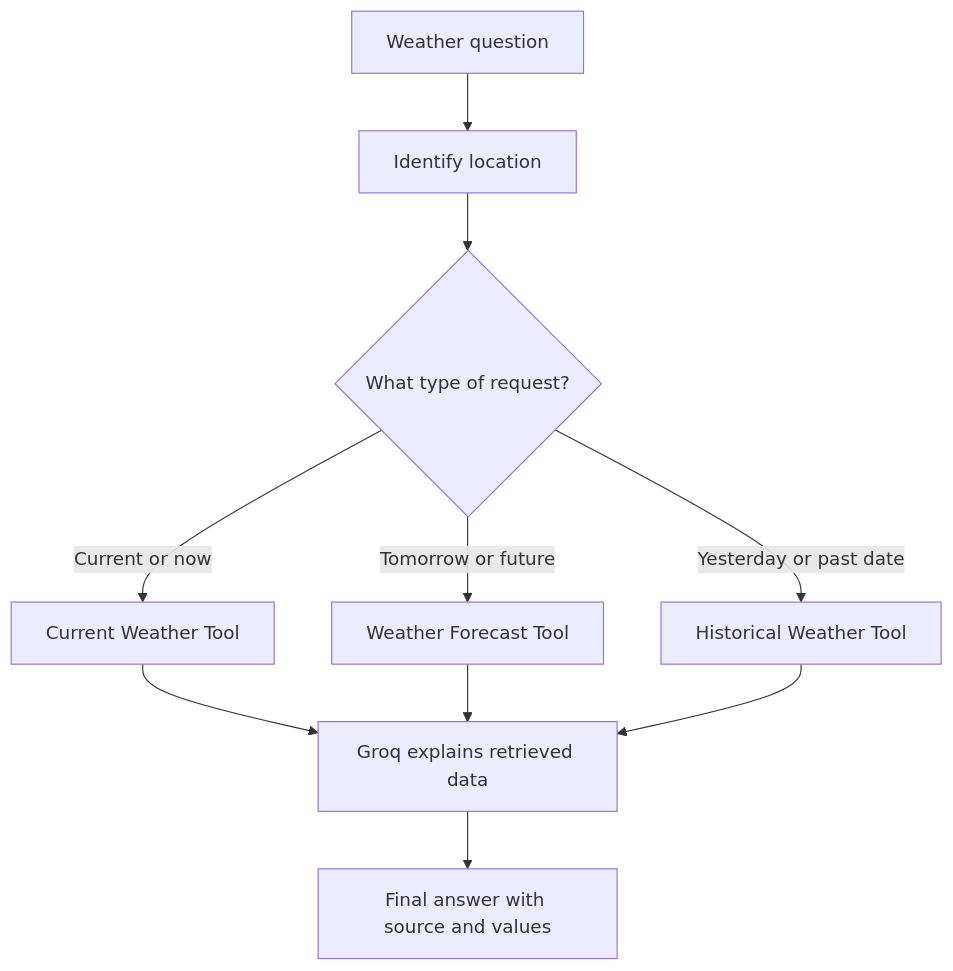
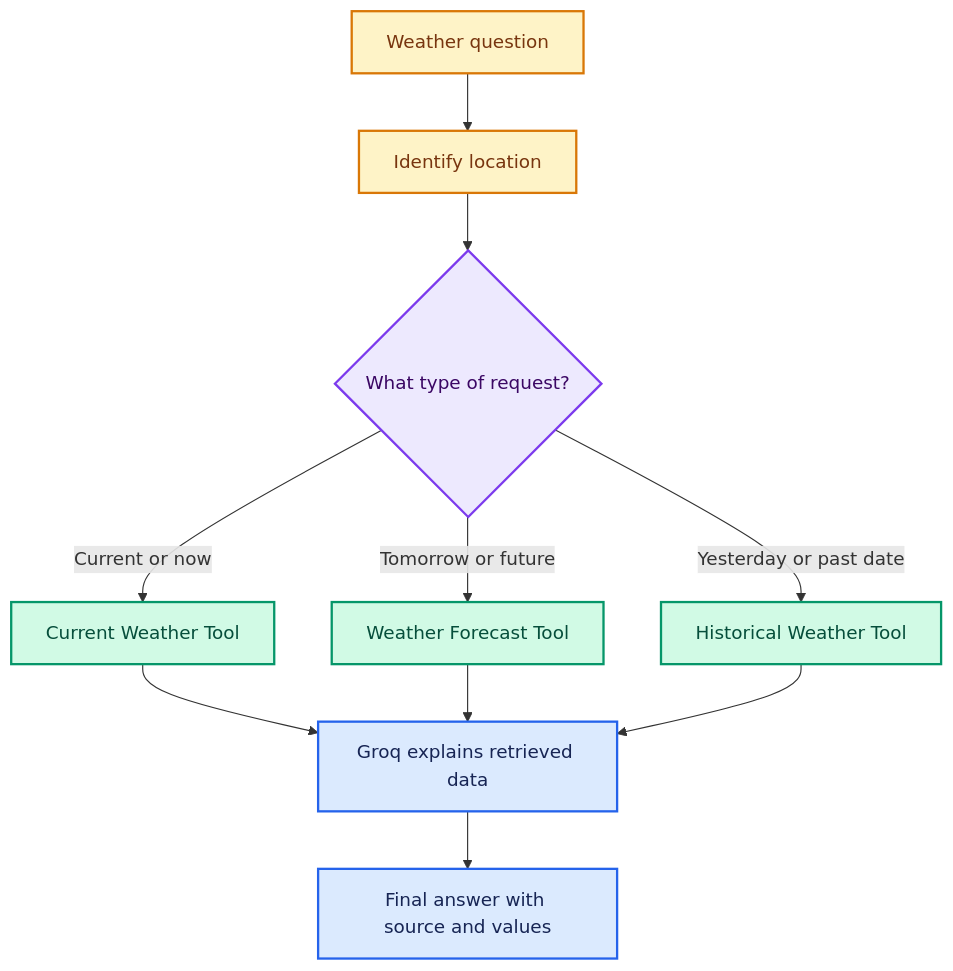
The third of 9 diagrams in README.md (sharan1370/WeatherAI), drawn with Mermaid before and after one commit. The commit also changed other lines of this file, not shown here.

````diff
--- a/README.md
+++ b/README.md
@@ -214,12 +102,21 @@
 ```mermaid
 flowchart TD
     Start[Weather question] --> Location[Identify location]
     Location --> Type{What type of request?}
     Type -->|Current or now| Current[Current Weather Tool]
     Type -->|Tomorrow or future| Forecast[Weather Forecast Tool]
     Type -->|Yesterday or past date| Historical[Historical Weather Tool]
     Current --> Explain[Groq explains retrieved data]
     Forecast --> Explain
     Historical --> Explain
     Explain --> Final[Final answer with source and values]
+
+    classDef input fill:#FEF3C7,stroke:#D97706,color:#78350F,stroke-width:2px;
+    classDef decision fill:#EDE9FE,stroke:#7C3AED,color:#3B0764,stroke-width:2px;
+    classDef tool fill:#D1FAE5,stroke:#059669,color:#064E3B,stroke-width:2px;
+    classDef output fill:#DBEAFE,stroke:#2563EB,color:#172554,stroke-width:2px;
+    class Start,Location input;
+    class Type decision;
+    class Current,Forecast,Historical tool;
+    class Explain,Final output;
 ```
````
